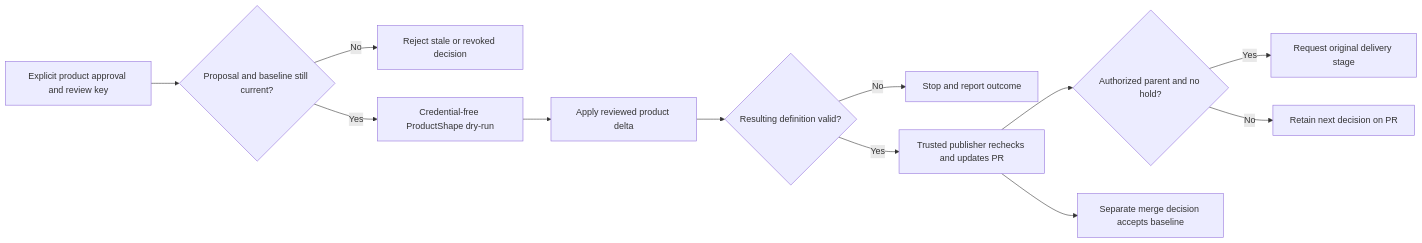
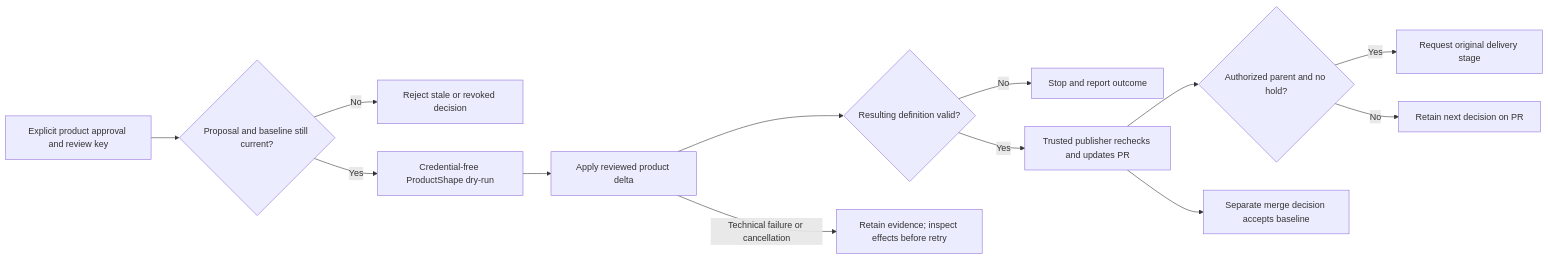
One commit to juangcarmona/lighthouse changed the diagram in docs/architecture/06-runtime-view/apply-product-change.md. Above: the diagram before and after it, drawn with Mermaid. The commit also changed other lines of this file and 17 other files, not shown here.

````diff
--- a/docs/architecture/06-runtime-view/apply-product-change.md
+++ b/docs/architecture/06-runtime-view/apply-product-change.md
@@ -5,16 +5,17 @@
 ```mermaid
 flowchart LR
     accTitle: Apply Product Change
     accDescr: Explicit owner approval of the current Product Change authorizes a separate provider apply. ProductShape materializes the reviewed definition on the issue branch; merge remains the baseline-acceptance decision.
     Approval[Explicit product approval and review key] --> Auth{Proposal and baseline still current?}
     Auth -->|No| Stop[Reject stale or revoked decision]
     Auth -->|Yes| DryRun[Credential-free ProductShape dry-run]
     DryRun --> Apply[Apply reviewed product delta]
     Apply --> Validate{Resulting definition valid?}
     Validate -->|No| Block[Stop and report outcome]
     Validate -->|Yes| Publish[Trusted publisher rechecks and updates PR]
     Publish --> Parent{Authorized parent and no hold?}
     Parent -->|Yes| Resume[Request original delivery stage]
     Parent -->|No| Wait[Retain next decision on PR]
     Publish --> Accept[Separate merge decision accepts baseline]
+    Apply -->|Technical failure or cancellation| Failure[Retain evidence; inspect effects before retry]
 ```
````
